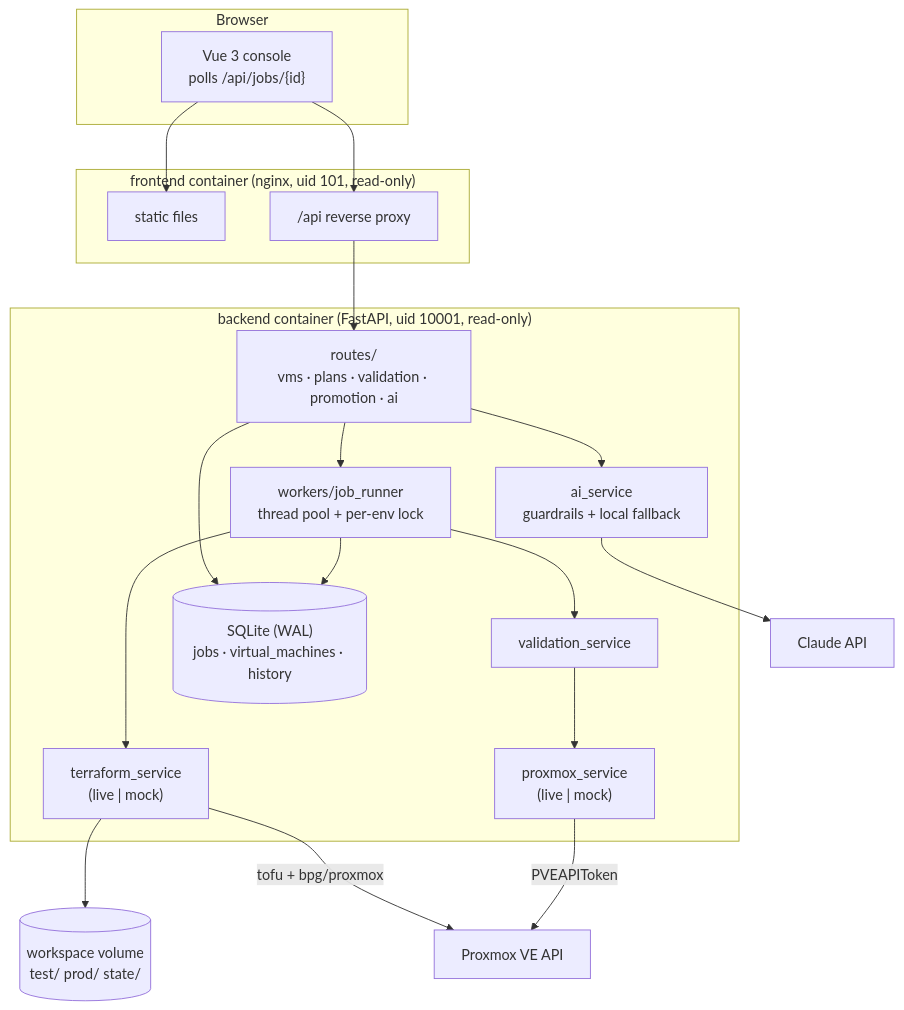
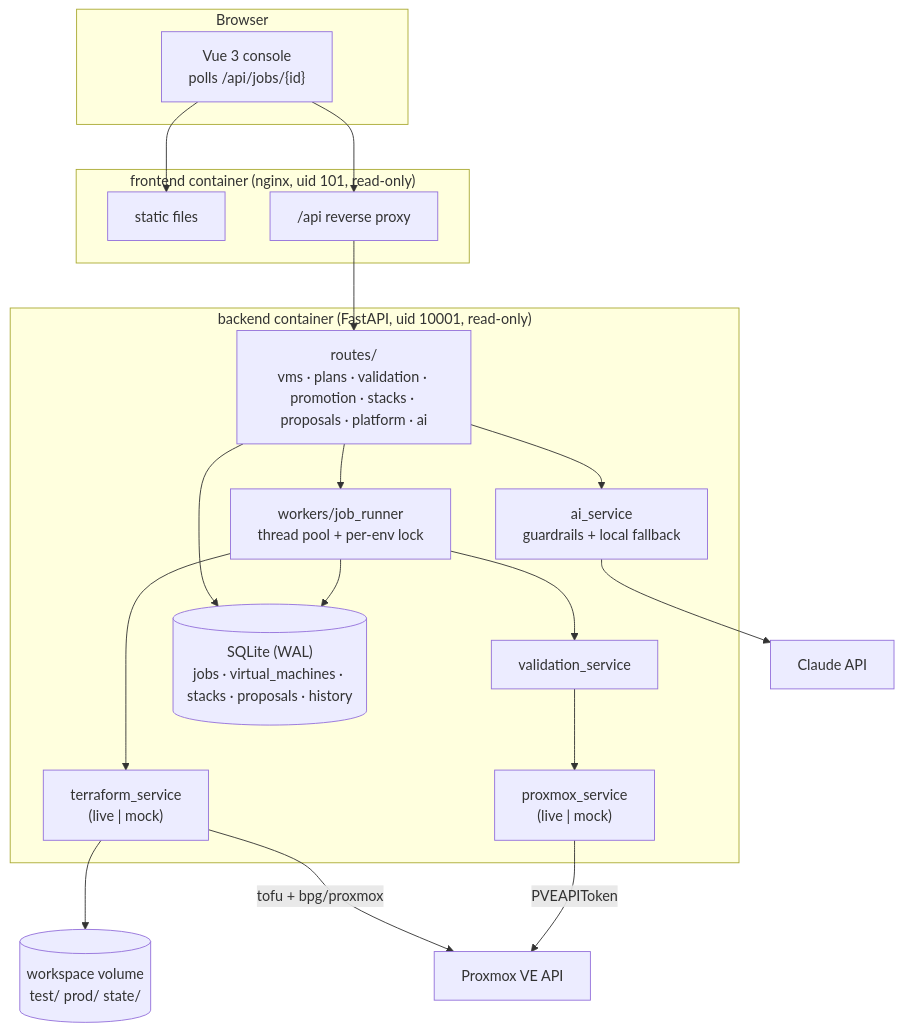
Before and after one commit to LetsManu/proxmox-ai-infra-demo: the first of 3 diagrams in docs/architecture.md, drawn with Mermaid. The commit also changed other lines of this file and 16 other files, not shown here.

````diff
--- a/docs/architecture.md
+++ b/docs/architecture.md
@@ -5,33 +5,33 @@
 ```mermaid
 flowchart TB
     subgraph browser["Browser"]
         ui["Vue 3 console<br/>polls /api/jobs/{id}"]
     end
     subgraph fe["frontend container (nginx, uid 101, read-only)"]
         static["static files"]
         proxy["/api reverse proxy"]
     end
     subgraph be["backend container (FastAPI, uid 10001, read-only)"]
-        routes["routes/<br/>vms · plans · validation · promotion · ai"]
+        routes["routes/<br/>vms · plans · validation · promotion · stacks · proposals · platform · ai"]
         runner["workers/job_runner<br/>thread pool + per-env lock"]
         svc_px["proxmox_service<br/>(live | mock)"]
         svc_tf["terraform_service<br/>(live | mock)"]
         svc_val["validation_service"]
         svc_ai["ai_service<br/>guardrails + local fallback"]
-        db[("SQLite (WAL)<br/>jobs · virtual_machines · history")]
+        db[("SQLite (WAL)<br/>jobs · virtual_machines · stacks · proposals · history")]
     end
     ws[("workspace volume<br/>test/ prod/ state/")]
     pve["Proxmox VE API"]
     claude["Claude API"]
 
     ui --> static
     ui --> proxy --> routes
     routes --> runner
     runner --> svc_tf --> ws
     runner --> svc_val --> svc_px
     routes --> svc_ai --> claude
     svc_tf -- "tofu + bpg/proxmox" --> pve
     svc_px -- "PVEAPIToken" --> pve
     routes --> db
     runner --> db
 ```
````
